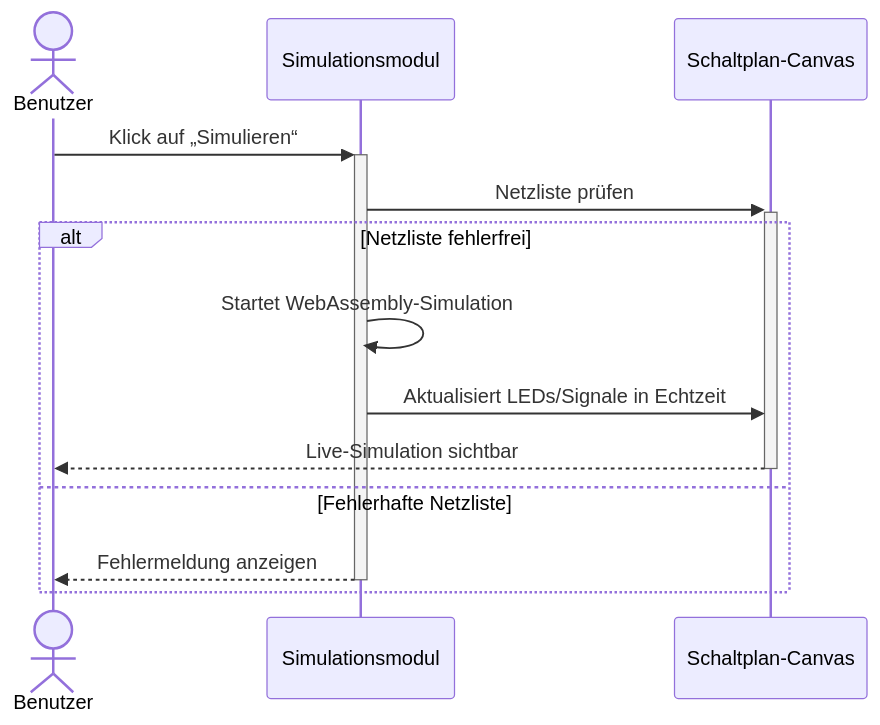
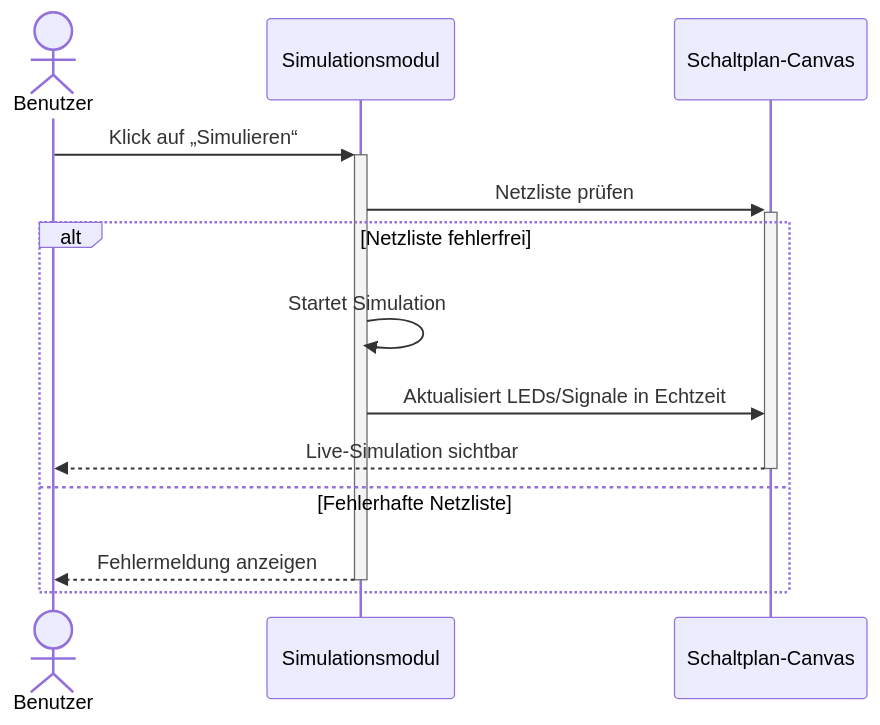
One commit to SimonJ2222/BitFlow changed diagram 14 of 23 in docs/use_cases/software_requirements_specification.md. Above: the diagram before and after it, drawn with Mermaid. The commit also changed other lines of this file, not shown here.

````diff
--- a/docs/use_cases/software_requirements_specification.md
+++ b/docs/use_cases/software_requirements_specification.md
@@ -656,17 +675,17 @@
 ```mermaid
 sequenceDiagram
     actor Benutzer
     participant System as Simulationsmodul
     participant Canvas as Schaltplan-Canvas
 
     Benutzer ->>+ System: Klick auf „Simulieren“
     System ->>+ Canvas: Netzliste prüfen
     alt Netzliste fehlerfrei
-        System ->> System: Startet WebAssembly-Simulation
+        System ->> System: Startet Simulation
         System ->> Canvas: Aktualisiert LEDs/Signale in Echtzeit
         Canvas -->>- Benutzer: Live-Simulation sichtbar
     else Fehlerhafte Netzliste
         System -->>- Benutzer: Fehlermeldung anzeigen
     end
 
 ```
````
